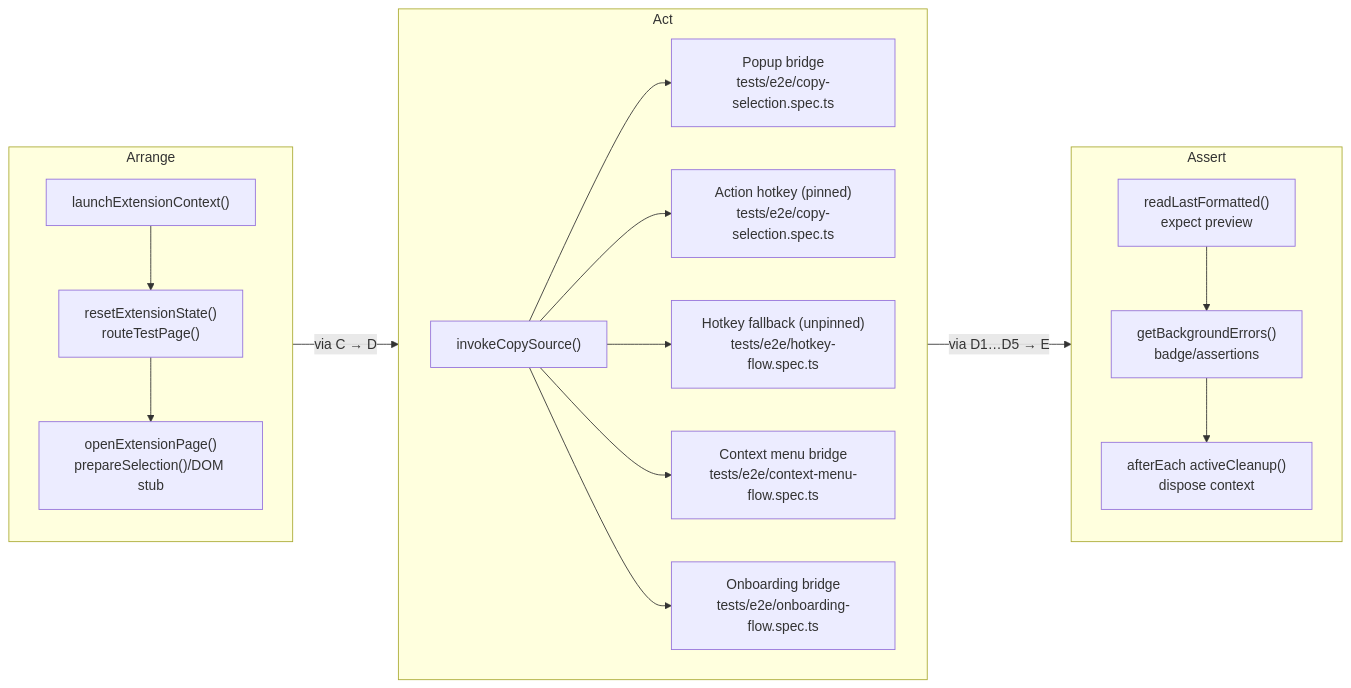
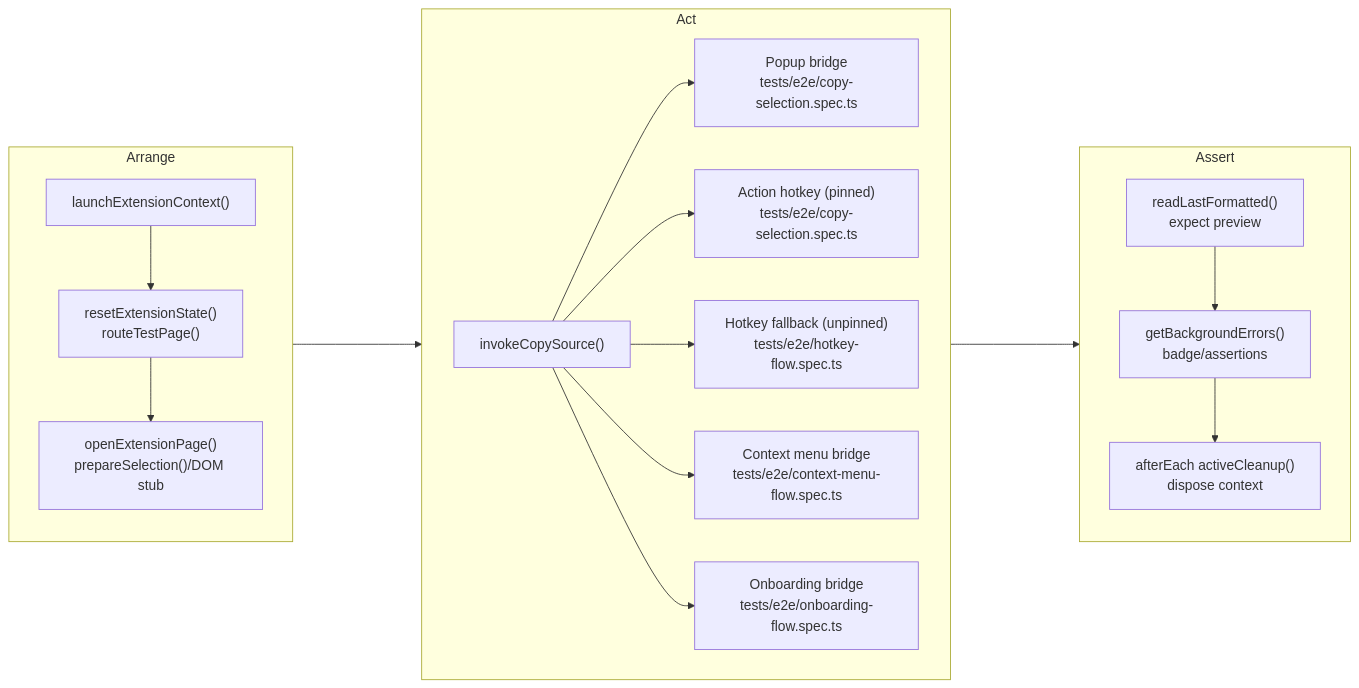
The diagram in docs/dev/test-coverage.md (PabloLION/MarkQuote), drawn with Mermaid before and after one commit. The commit also changed other lines of this file, not shown here.

Commit message:
docs(e2e): note popup hotkey automation limits

````diff
--- a/docs/dev/test-coverage.md
+++ b/docs/dev/test-coverage.md
@@ -26,26 +26,26 @@
 ```mermaid
 flowchart LR
   %% Use IDs so we can link the subgraphs (not their inner nodes)
   subgraph ARR[Arrange]
     direction TB
     A["launchExtensionContext()"] --> B["resetExtensionState()<br/>routeTestPage()"] --> C["openExtensionPage()<br/>prepareSelection()/DOM stub"]
   end
-  ARR -- "via C → D" --> ACT
+  ARR ----> ACT
 
   subgraph ACT[Act]
     direction LR
     D["invokeCopySource()"]
     D --> D1["Popup bridge<br/>tests/e2e/copy-selection.spec.ts"]
     D --> D2["Action hotkey (pinned)<br/>tests/e2e/copy-selection.spec.ts"]
     D --> D3["Hotkey fallback (unpinned)<br/>tests/e2e/hotkey-flow.spec.ts"]
     D --> D4["Context menu bridge<br/>tests/e2e/context-menu-flow.spec.ts"]
     D --> D5["Onboarding bridge<br/>tests/e2e/onboarding-flow.spec.ts"]
   end
-  ACT -- "via D1…D5 → E" --> ASS
+  ACT ----> ASS
 
   subgraph ASS[Assert]
     direction TB
     E["readLastFormatted()<br/>expect preview"] --> F["getBackgroundErrors()<br/>badge/assertions"] --> G["afterEach activeCleanup()<br/>dispose context"]
   end
 
 ```
````
